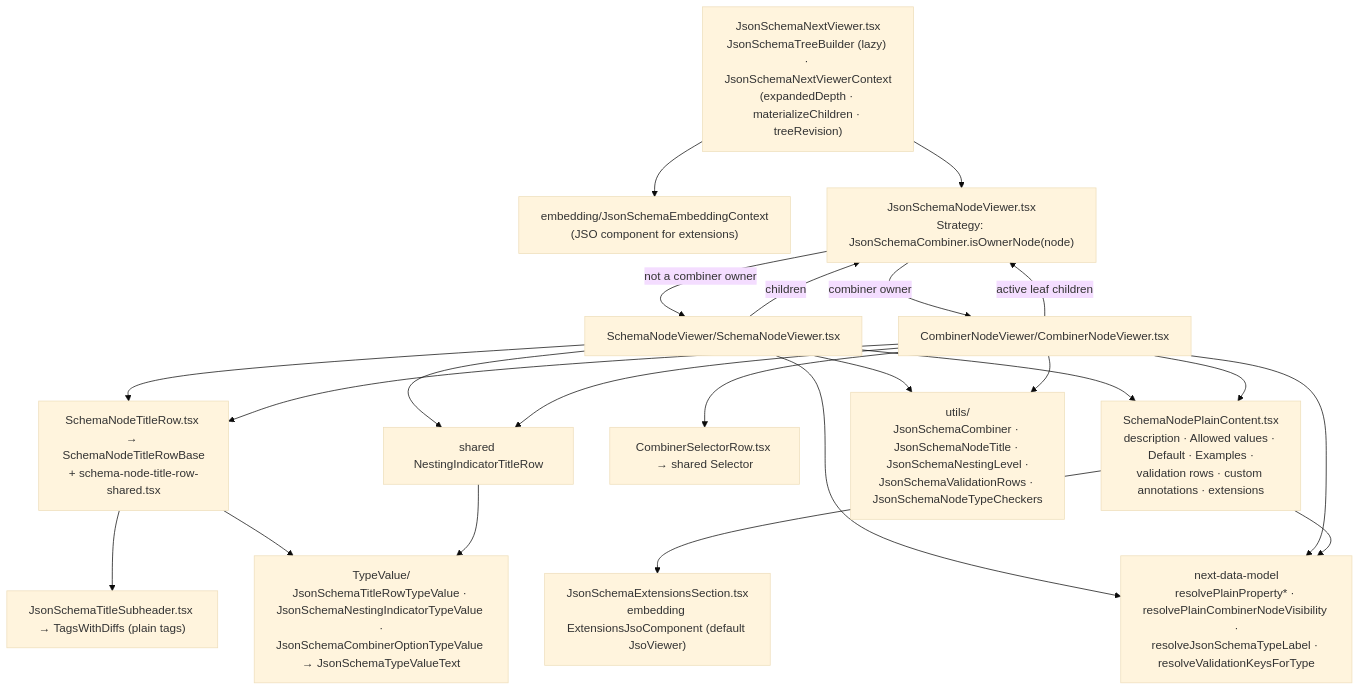
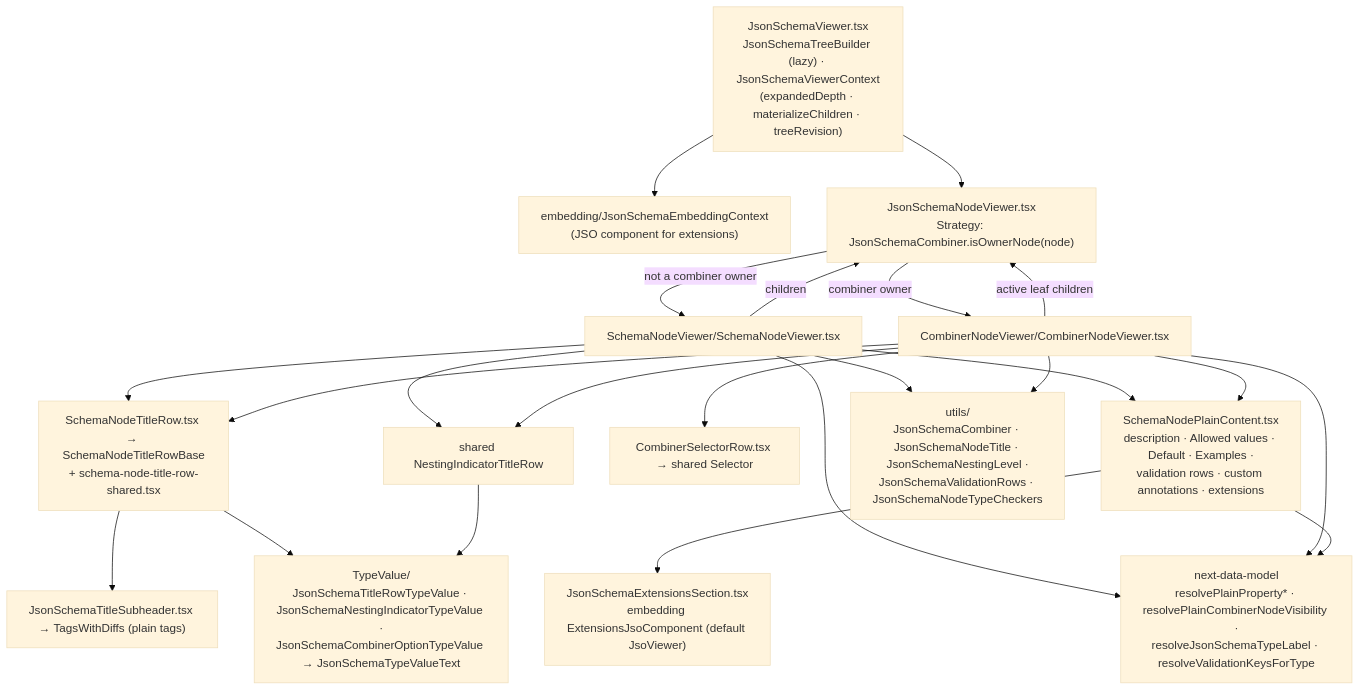
Before and after one commit to Netcracker/qubership-apihub-api-doc-viewer: the diagram in docs/design/json-schema/architecture/viewer-plain.md, drawn with Mermaid (base theme). The commit also changed other lines of this file and 163 other files, not shown here.

Commit message:
refactor!: `JsonSchemaNextViewer` -> `JsonSchemaViewer`, `JsonSchemaNextDiffsViewer` -> `JsonSchemaDiffsViewer`, updated their usages

````diff
--- a/docs/design/json-schema/architecture/viewer-plain.md
+++ b/docs/design/json-schema/architecture/viewer-plain.md
@@ -6,40 +6,40 @@
 ```mermaid
 flowchart TB
-  Root["JsonSchemaNextViewer.tsx<br/>JsonSchemaTreeBuilder (lazy) · JsonSchemaNextViewerContext<br/>(expandedDepth · materializeChildren · treeRevision)"]
+  Root["JsonSchemaViewer.tsx<br/>JsonSchemaTreeBuilder (lazy) · JsonSchemaViewerContext<br/>(expandedDepth · materializeChildren · treeRevision)"]
   Embedding["embedding/JsonSchemaEmbeddingContext<br/>(JSO component for extensions)"]
   Dispatch["JsonSchemaNodeViewer.tsx<br/>Strategy: JsonSchemaCombiner.isOwnerNode(node)"]
   SchemaNode["SchemaNodeViewer/SchemaNodeViewer.tsx"]
   CombinerNode["CombinerNodeViewer/CombinerNodeViewer.tsx"]
   TitleRow["SchemaNodeTitleRow.tsx → SchemaNodeTitleRowBase<br/>+ schema-node-title-row-shared.tsx"]
   Subheader["JsonSchemaTitleSubheader.tsx → TagsWithDiffs (plain tags)"]
   TypeValue["TypeValue/<br/>JsonSchemaTitleRowTypeValue · JsonSchemaNestingIndicatorTypeValue ·<br/>JsonSchemaCombinerOptionTypeValue → JsonSchemaTypeValueText"]
   Content["SchemaNodePlainContent.tsx<br/>description · Allowed values · Default · Examples ·<br/>validation rows · custom annotations · extensions"]
   Extensions["JsonSchemaExtensionsSection.tsx<br/>embedding ExtensionsJsoComponent (default JsoViewer)"]
   SelectorRow["CombinerSelectorRow.tsx → shared Selector"]
   Nesting["shared NestingIndicatorTitleRow"]
   Utils["utils/<br/>JsonSchemaCombiner · JsonSchemaNodeTitle · JsonSchemaNestingLevel ·<br/>JsonSchemaValidationRows · JsonSchemaNodeTypeCheckers"]
   NDM["next-data-model<br/>resolvePlainProperty* · resolvePlainCombinerNodeVisibility ·<br/>resolveJsonSchemaTypeLabel · resolveValidationKeysForType"]
 
   Root --> Embedding
   Root --> Dispatch
   Dispatch -->|not a combiner owner| SchemaNode
   Dispatch -->|combiner owner| CombinerNode
   SchemaNode --> TitleRow
   SchemaNode --> Content
   SchemaNode --> Nesting
   SchemaNode -->|children| Dispatch
   CombinerNode --> TitleRow
   CombinerNode --> Content
   CombinerNode --> SelectorRow
   CombinerNode --> Nesting
   CombinerNode -->|active leaf children| Dispatch
   TitleRow --> Subheader
   TitleRow --> TypeValue
   Nesting --> TypeValue
   Content --> Extensions
   SchemaNode --> Utils
   CombinerNode --> Utils
   SchemaNode --> NDM
   CombinerNode --> NDM
   Content --> NDM
 ```
````
